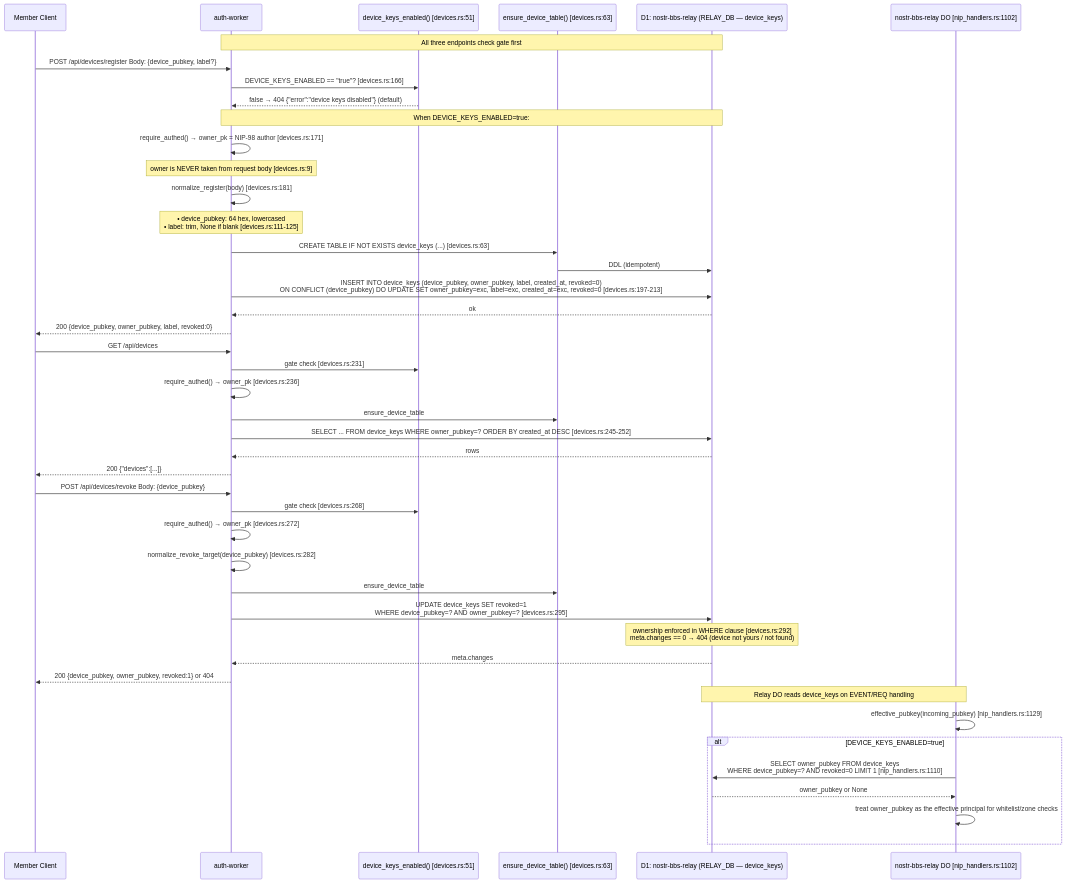
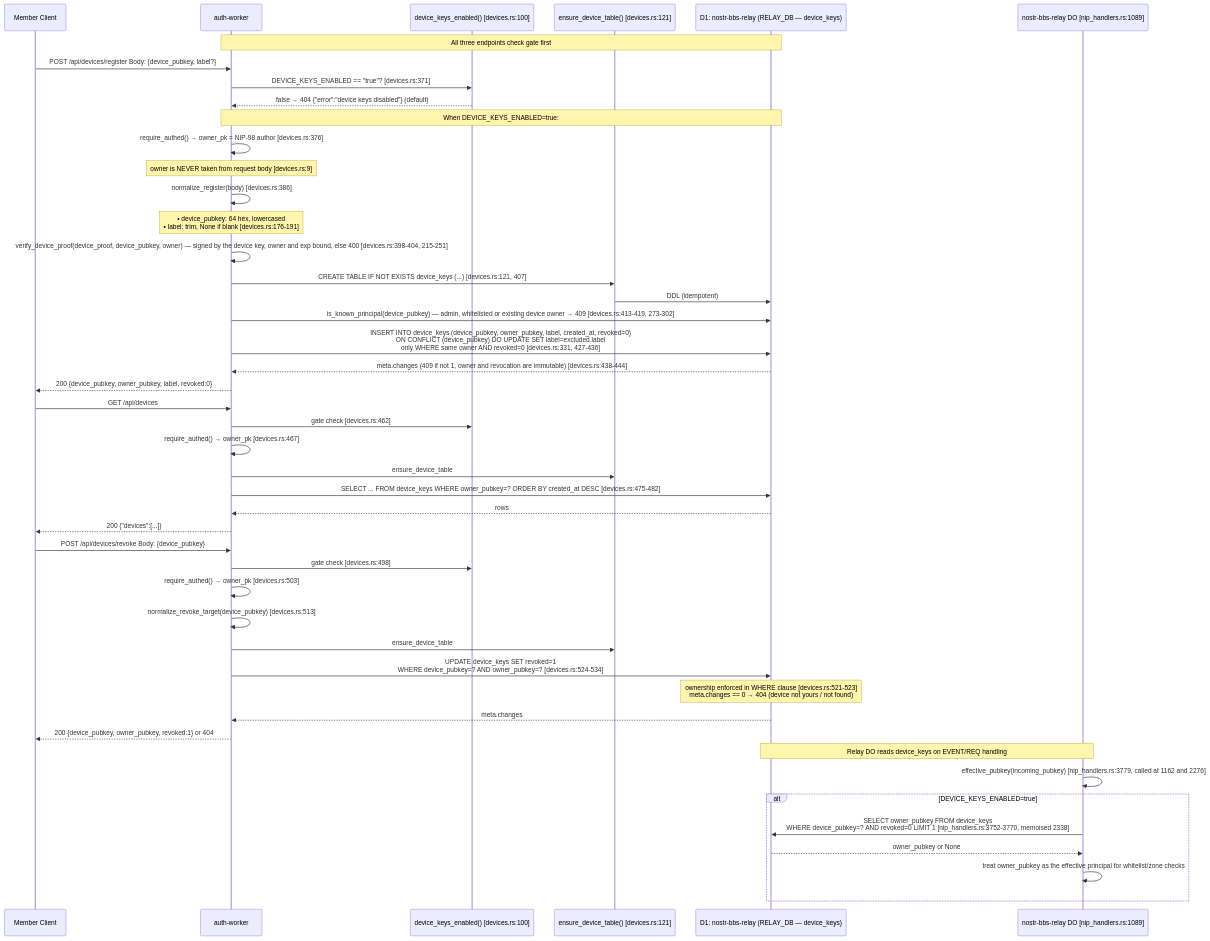
One commit to DreamLab-AI/nostr-rust-forum changed the seventh of 7 diagrams in docs/diagrams/auth-governance-flows.md. Above: the diagram before and after it, drawn with Mermaid. The commit also changed other lines of this file and 4 other files, not shown here.

First line of the commit message:
docs(diagrams): bring the diagram corpus up to 3c48e26 (NIP-09 tombstones, deletion sync, NIP-42 receipts, per-identity zone keys)

````diff
--- a/docs/diagrams/auth-governance-flows.md
+++ b/docs/diagrams/auth-governance-flows.md
@@ -245,52 +254,54 @@
 ```mermaid
 sequenceDiagram
     participant U as Member Client
     participant W as auth-worker
-    participant G as device_keys_enabled() [devices.rs:51]
-    participant T as ensure_device_table() [devices.rs:63]
+    participant G as device_keys_enabled() [devices.rs:100]
+    participant T as ensure_device_table() [devices.rs:121]
     participant D1R as D1: nostr-bbs-relay (RELAY_DB — device_keys)
-    participant RDOA as nostr-bbs-relay DO [nip_handlers.rs:1102]
+    participant RDOA as nostr-bbs-relay DO [nip_handlers.rs:1089]
 
     Note over W,D1R: All three endpoints check gate first
 
     U->>W: POST /api/devices/register  Body: {device_pubkey, label?}
-    W->>G: DEVICE_KEYS_ENABLED == "true"? [devices.rs:166]
+    W->>G: DEVICE_KEYS_ENABLED == "true"? [devices.rs:371]
     G-->>W: false → 404 {"error":"device keys disabled"} (default)
 
     Note over W,D1R: When DEVICE_KEYS_ENABLED=true:
-    W->>W: require_authed() → owner_pk = NIP-98 author [devices.rs:171]
+    W->>W: require_authed() → owner_pk = NIP-98 author [devices.rs:376]
     Note over W: owner is NEVER taken from request body [devices.rs:9]
-    W->>W: normalize_register(body) [devices.rs:181]
-    Note over W: • device_pubkey: 64 hex, lowercased<br/>• label: trim, None if blank [devices.rs:111-125]
-    W->>T: CREATE TABLE IF NOT EXISTS device_keys (...) [devices.rs:63]
+    W->>W: normalize_register(body) [devices.rs:386]
+    Note over W: • device_pubkey: 64 hex, lowercased<br/>• label: trim, None if blank [devices.rs:176-191]
+    W->>W: verify_device_proof(device_proof, device_pubkey, owner) — signed by the device key, owner and exp bound, else 400 [devices.rs:398-404, 215-251]
+    W->>T: CREATE TABLE IF NOT EXISTS device_keys (...) [devices.rs:121, 407]
     T->>D1R: DDL (idempotent)
-    W->>D1R: INSERT INTO device_keys (device_pubkey, owner_pubkey, label, created_at, revoked=0)<br/>ON CONFLICT (device_pubkey) DO UPDATE SET owner_pubkey=exc, label=exc, created_at=exc, revoked=0 [devices.rs:197-213]
-    D1R-->>W: ok
+    W->>D1R: is_known_principal(device_pubkey) — admin, whitelisted or existing device owner → 409 [devices.rs:413-419, 273-302]
+    W->>D1R: INSERT INTO device_keys (device_pubkey, owner_pubkey, label, created_at, revoked=0)<br/>ON CONFLICT (device_pubkey) DO UPDATE SET label=excluded.label<br/>only WHERE same owner AND revoked=0 [devices.rs:331, 427-436]
+    D1R-->>W: meta.changes (409 if not 1, owner and revocation are immutable) [devices.rs:438-444]
     W-->>U: 200 {device_pubkey, owner_pubkey, label, revoked:0}
 
     U->>W: GET /api/devices
-    W->>G: gate check [devices.rs:231]
-    W->>W: require_authed() → owner_pk [devices.rs:236]
+    W->>G: gate check [devices.rs:462]
+    W->>W: require_authed() → owner_pk [devices.rs:467]
     W->>T: ensure_device_table
-    W->>D1R: SELECT ... FROM device_keys WHERE owner_pubkey=? ORDER BY created_at DESC [devices.rs:245-252]
+    W->>D1R: SELECT ... FROM device_keys WHERE owner_pubkey=? ORDER BY created_at DESC [devices.rs:475-482]
     D1R-->>W: rows
     W-->>U: 200 {"devices":[...]}
 
     U->>W: POST /api/devices/revoke  Body: {device_pubkey}
-    W->>G: gate check [devices.rs:268]
-    W->>W: require_authed() → owner_pk [devices.rs:272]
-    W->>W: normalize_revoke_target(device_pubkey) [devices.rs:282]
+    W->>G: gate check [devices.rs:498]
+    W->>W: require_authed() → owner_pk [devices.rs:503]
+    W->>W: normalize_revoke_target(device_pubkey) [devices.rs:513]
     W->>T: ensure_device_table
-    W->>D1R: UPDATE device_keys SET revoked=1<br/>WHERE device_pubkey=? AND owner_pubkey=? [devices.rs:295]
-    Note over D1R: ownership enforced in WHERE clause [devices.rs:292]<br/>meta.changes == 0 → 404 (device not yours / not found)
+    W->>D1R: UPDATE device_keys SET revoked=1<br/>WHERE device_pubkey=? AND owner_pubkey=? [devices.rs:524-534]
+    Note over D1R: ownership enforced in WHERE clause [devices.rs:521-523]<br/>meta.changes == 0 → 404 (device not yours / not found)
     D1R-->>W: meta.changes
     W-->>U: 200 {device_pubkey, owner_pubkey, revoked:1} or 404
 
     Note over RDOA,D1R: Relay DO reads device_keys on EVENT/REQ handling
-    RDOA->>RDOA: effective_pubkey(incoming_pubkey) [nip_handlers.rs:1129]
+    RDOA->>RDOA: effective_pubkey(incoming_pubkey) [nip_handlers.rs:3779, called at 1162 and 2276]
     alt DEVICE_KEYS_ENABLED=true
-        RDOA->>D1R: SELECT owner_pubkey FROM device_keys<br/>WHERE device_pubkey=? AND revoked=0 LIMIT 1 [nip_handlers.rs:1110]
+        RDOA->>D1R: SELECT owner_pubkey FROM device_keys<br/>WHERE device_pubkey=? AND revoked=0 LIMIT 1 [nip_handlers.rs:3752-3770, memoised 2338]
         D1R-->>RDOA: owner_pubkey or None
         RDOA->>RDOA: treat owner_pubkey as the effective principal for whitelist/zone checks
     end
 ```
````
